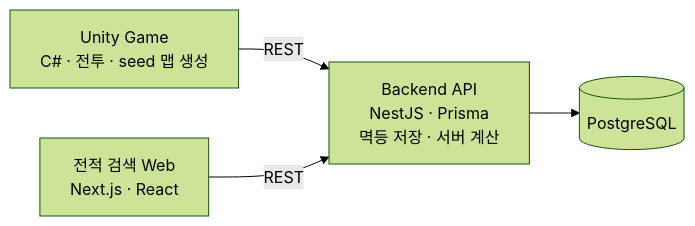
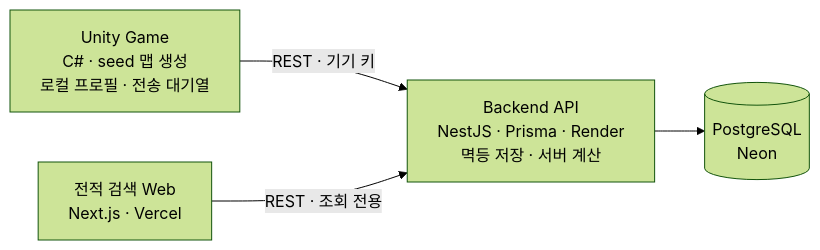
Before and after one commit to yeonguk0201/yeonguk0201: the diagram in README.md, drawn with Mermaid (forest theme). The commit also changed other lines of this file, not shown here.

Commit message:
docs: update TrickalFanGame section with deployment and offline play

````diff
--- a/README.md
+++ b/README.md
@@ -31,6 +31,6 @@
 ```mermaid
 flowchart LR
-    G["Unity Game<br/>C# · 전투 · seed 맵 생성"] -->|REST| B["Backend API<br/>NestJS · Prisma<br/>멱등 저장 · 서버 계산"]
-    W["전적 검색 Web<br/>Next.js · React"] -->|REST| B
-    B --> D[("PostgreSQL")]
+    G["Unity Game<br/>C# · seed 맵 생성<br/>로컬 프로필 · 전송 대기열"] -->|"REST · 기기 키"| B["Backend API<br/>NestJS · Prisma · Render<br/>멱등 저장 · 서버 계산"]
+    W["전적 검색 Web<br/>Next.js · Vercel"] -->|"REST · 조회 전용"| B
+    B --> D[("PostgreSQL<br/>Neon")]
 ```
````
